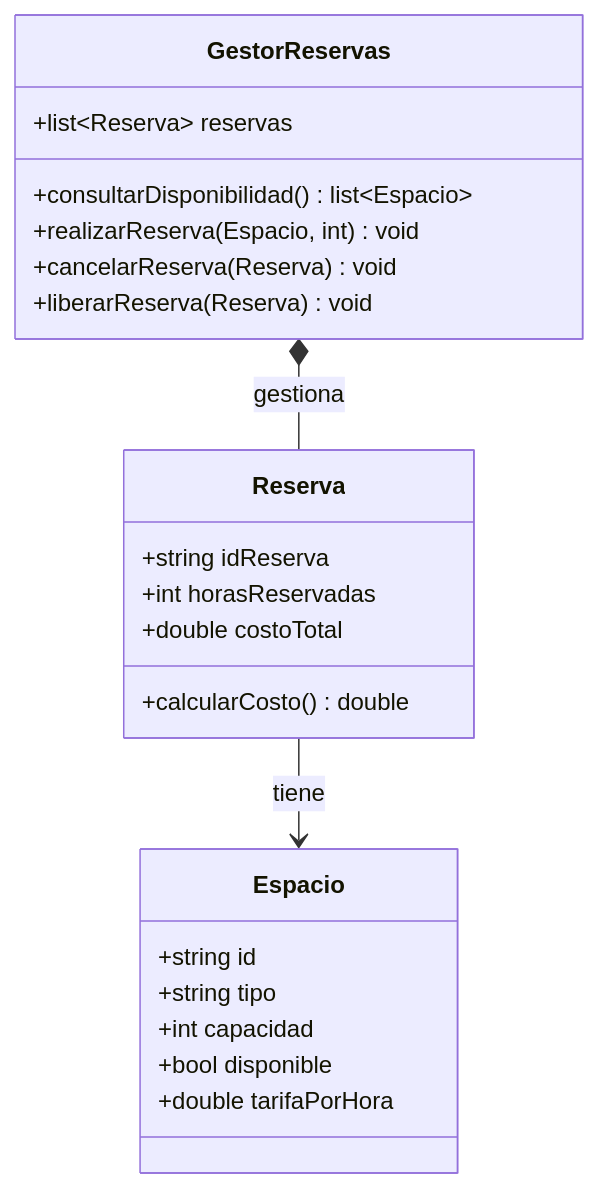
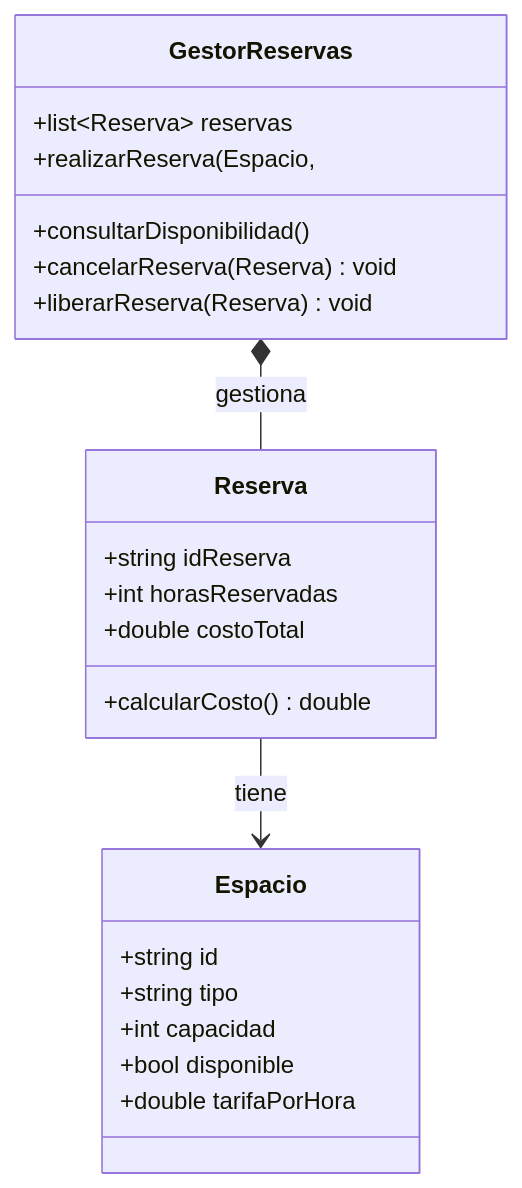
The diagram in SOLUCION.md (300CIS017-Object-Oriented-Programming/5-ejerciciosdisenocod-sm), drawn with Mermaid before and after one commit. The commit also changed other lines of this file, not shown here.

````diff
--- a/SOLUCION.md
+++ b/SOLUCION.md
@@ -13,25 +19,25 @@
 ```mermaid
 classDiagram
     class Espacio {
         +string id
         +string tipo
         +int capacidad
         +bool disponible
         +double tarifaPorHora
     }
     class Reserva {
         +string idReserva
         +int horasReservadas
         +double costoTotal
         +calcularCosto() double
     }
     class GestorReservas {
         +list~Reserva~ reservas
-        +consultarDisponibilidad() list~Espacio~
-        +realizarReserva(Espacio, int) void
+        +consultarDisponibilidad() 
+        +realizarReserva(Espacio, 
         +cancelarReserva(Reserva) void
         +liberarReserva(Reserva) void
     }
     Reserva  --> Espacio : tiene
     GestorReservas  *--  Reserva : gestiona
 ```
````
